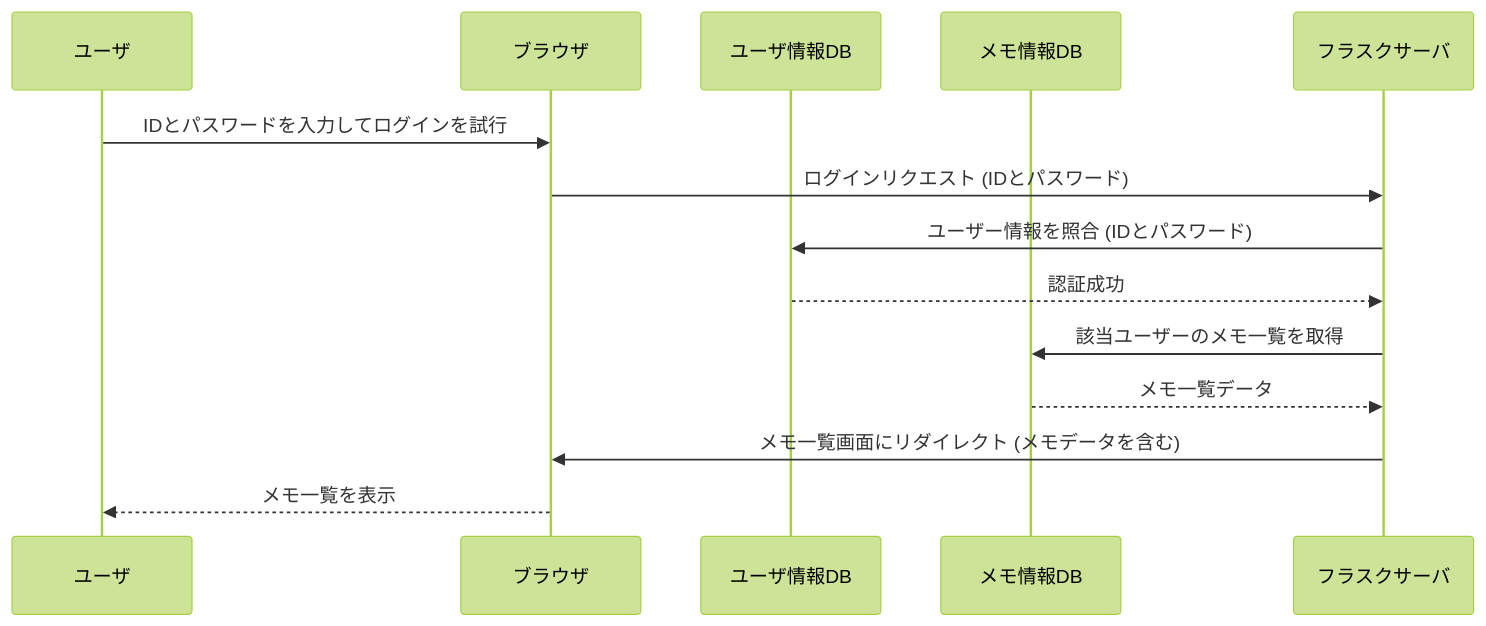
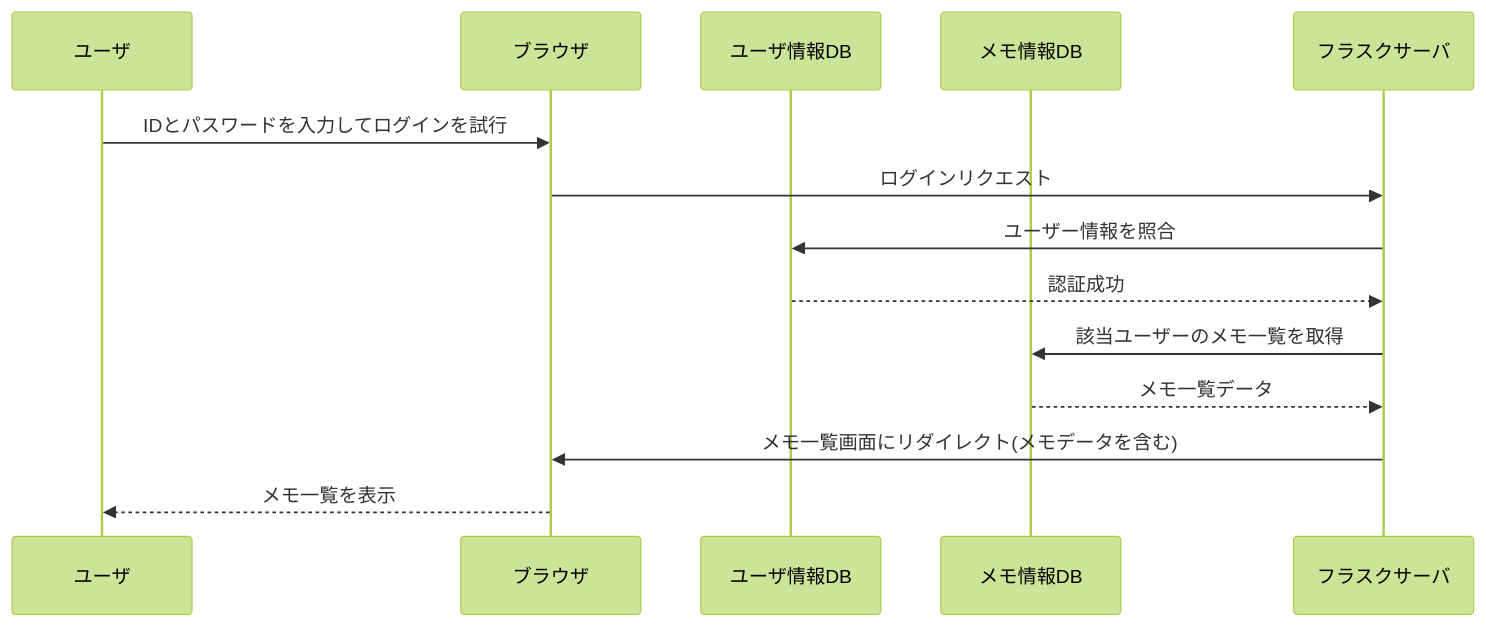
Before and after one commit to sasaoka-sasami/python-memoapp: the diagram in シーケンス図_メモを一覧表示する.md, drawn with Mermaid (forest theme).

Commit message:
文言一部修正

````diff
--- a/シーケンス図_メモを一覧表示する.md
+++ b/シーケンス図_メモを一覧表示する.md
@@ -1,17 +1,17 @@
 ```mermaid
 sequenceDiagram
     participant user as ユーザ
     participant browser as ブラウザ
     participant udb as ユーザ情報DB
     participant mdb as メモ情報DB
     participant flask as フラスクサーバ
 
     user ->> browser: IDとパスワードを入力してログインを試行
-    browser ->> flask: ログインリクエスト (IDとパスワード)
-    flask ->> udb: ユーザー情報を照合 (IDとパスワード)
+    browser ->> flask: ログインリクエスト
+    flask ->> udb: ユーザー情報を照合
     udb -->> flask: 認証成功
     flask ->> mdb: 該当ユーザーのメモ一覧を取得
     mdb -->> flask: メモ一覧データ
-    flask ->> browser: メモ一覧画面にリダイレクト (メモデータを含む)
+    flask ->> browser: メモ一覧画面にリダイレクト(メモデータを含む)
     browser -->> user: メモ一覧を表示
 ```
````
